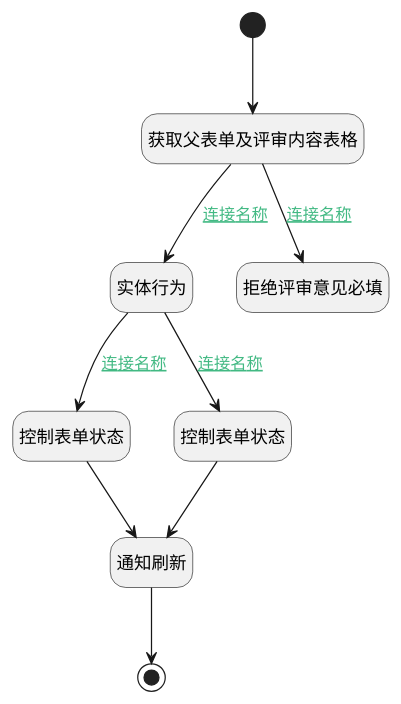
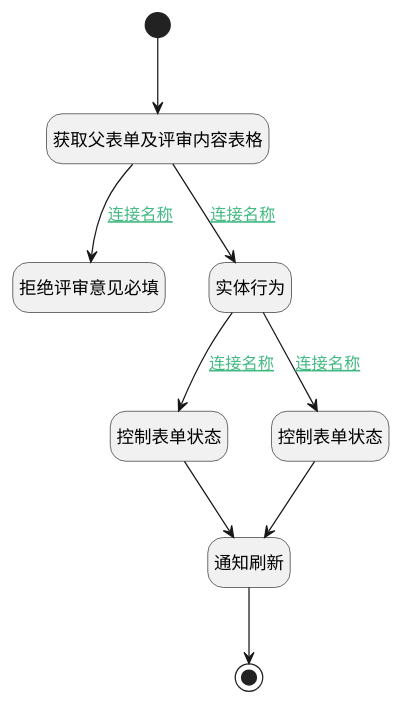
One commit to iBizLab/plm changed the diagram in doc/docsify/module/TestMgmt/review_result/uilogic/refuse.md. Above: the diagram before and after it, drawn with PlantUML. The commit also changed other lines of this file and 1473 other files, not shown here.

````diff
--- a/doc/docsify/module/TestMgmt/review_result/uilogic/refuse.md
+++ b/doc/docsify/module/TestMgmt/review_result/uilogic/refuse.md
@@ -7,32 +7,32 @@
 ```plantuml
 @startuml
 hide footbox
 <style>
 root {
   HyperlinkColor #42b983
 }
 </style>
 
 hide empty description
 state "开始" as Begin <<start>> [[$./refuse#begin {开始}]]
+state "拒绝评审意见必填" as RAWJSCODE5  [[$./refuse#rawjscode5 {拒绝评审意见必填}]]
+state "实体行为" as DEACTION1  [[$./refuse#deaction1 {实体行为}]]
+state "控制表单状态" as RAWJSCODE3  [[$./refuse#rawjscode3 {控制表单状态}]]
 state "通知刷新" as RAWJSCODE4  [[$./refuse#rawjscode4 {通知刷新}]]
-state "实体行为" as DEACTION1  [[$./refuse#deaction1 {实体行为}]]
+state "获取父表单及评审内容表格" as PREPAREJSPARAM1  [[$./refuse#preparejsparam1 {获取父表单及评审内容表格}]]
 state "控制表单状态" as RAWJSCODE2  [[$./refuse#rawjscode2 {控制表单状态}]]
-state "获取父表单及评审内容表格" as PREPAREJSPARAM1  [[$./refuse#preparejsparam1 {获取父表单及评审内容表格}]]
-state "拒绝评审意见必填" as RAWJSCODE5  [[$./refuse#rawjscode5 {拒绝评审意见必填}]]
-state "控制表单状态" as RAWJSCODE3  [[$./refuse#rawjscode3 {控制表单状态}]]
 state "结束" as END1 <<end>> [[$./refuse#end1 {结束}]]
 
 
 Begin --> PREPAREJSPARAM1
 PREPAREJSPARAM1 --> DEACTION1 : [[$./refuse#preparejsparam1-deaction1{连接名称} 连接名称]]
 DEACTION1 --> RAWJSCODE2 : [[$./refuse#deaction1-rawjscode2{连接名称} 连接名称]]
 RAWJSCODE2 --> RAWJSCODE4
 RAWJSCODE4 --> END1
 DEACTION1 --> RAWJSCODE3 : [[$./refuse#deaction1-rawjscode3{连接名称} 连接名称]]
 RAWJSCODE3 --> RAWJSCODE4
 PREPAREJSPARAM1 --> RAWJSCODE5 : [[$./refuse#preparejsparam1-rawjscode5{连接名称} 连接名称]]
 
 
 @enduml
 ```
````
